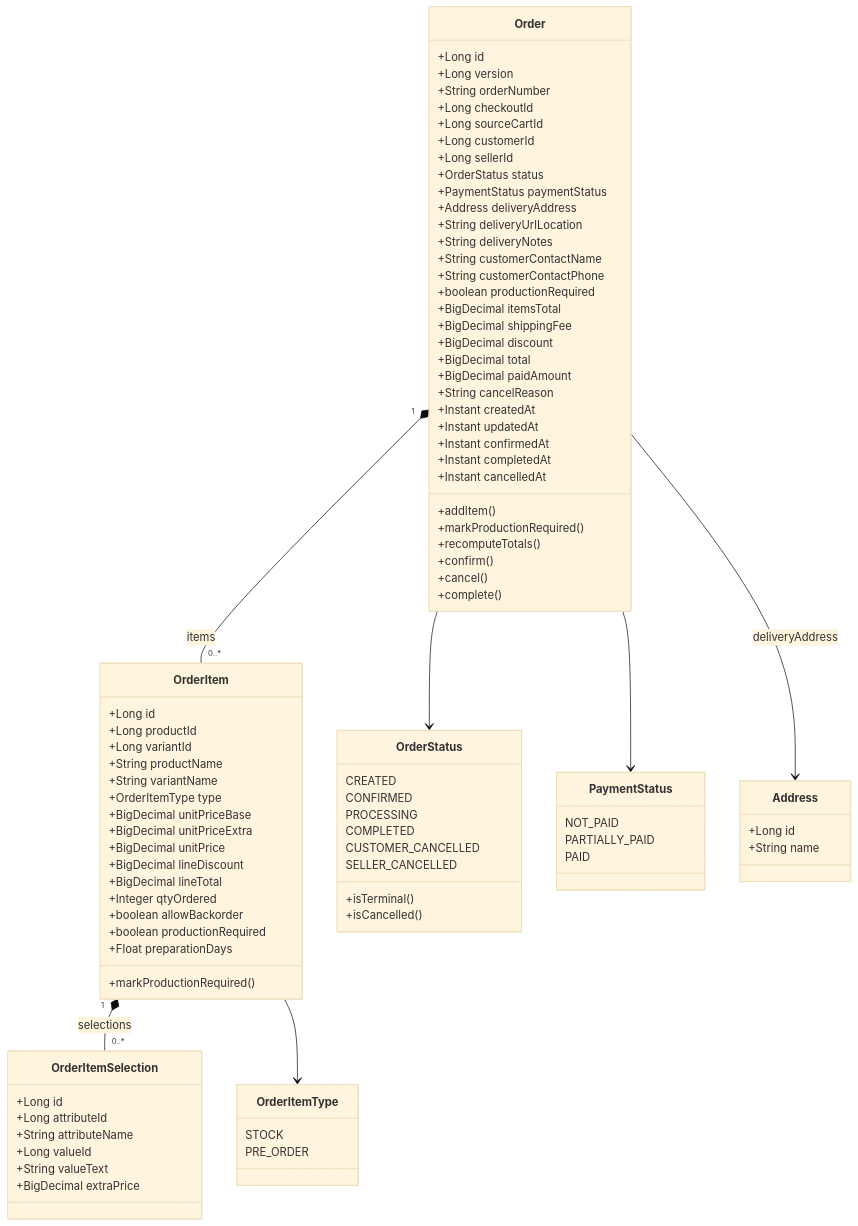
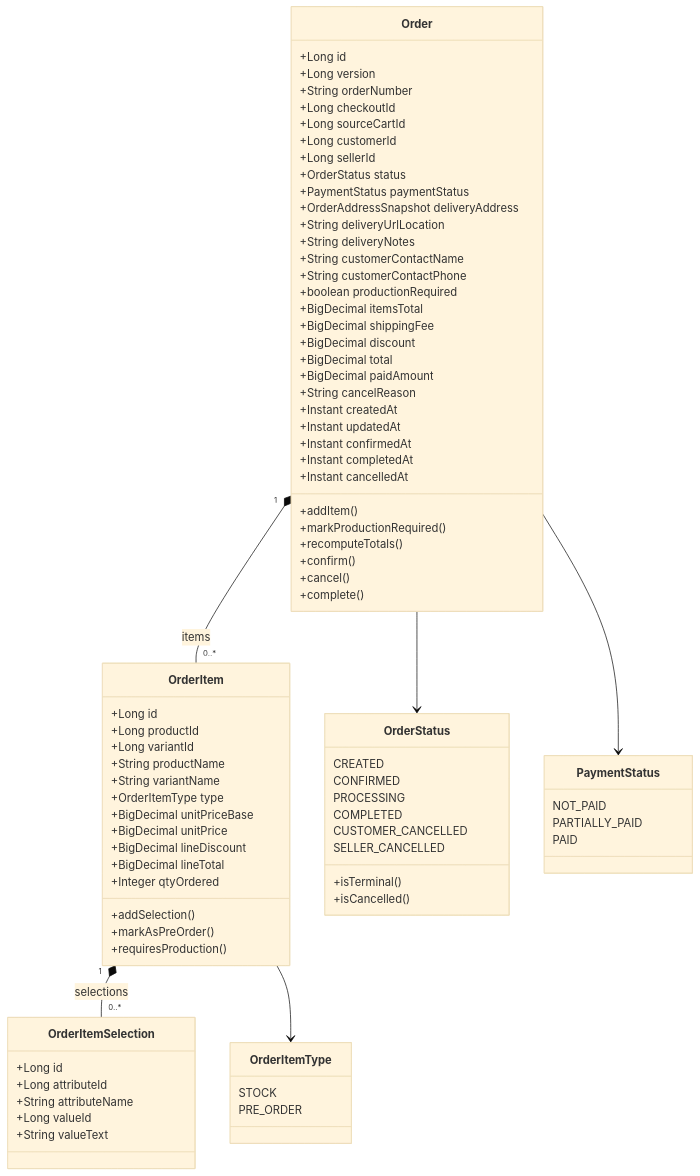
Before and after one commit to mohammadAlhajeen/bun_commerce-public: the second of 5 diagrams in documentation/11-order-uml.md, drawn with Mermaid (base theme). The commit also changed other lines of this file and 29 other files, not shown here.

````diff
--- a/documentation/11-order-uml.md
+++ b/documentation/11-order-uml.md
@@ -30,7 +29,7 @@
         +Long sellerId
         +OrderStatus status
         +PaymentStatus paymentStatus
-        +Address deliveryAddress
+        +OrderAddressSnapshot deliveryAddress
         +String deliveryUrlLocation
         +String deliveryNotes
         +String customerContactName
@@ -63,15 +62,13 @@
         +String variantName
         +OrderItemType type
         +BigDecimal unitPriceBase
-        +BigDecimal unitPriceExtra
         +BigDecimal unitPrice
         +BigDecimal lineDiscount
         +BigDecimal lineTotal
         +Integer qtyOrdered
-        +boolean allowBackorder
-        +boolean productionRequired
-        +Float preparationDays
-        +markProductionRequired()
+        +addSelection()
+        +markAsPreOrder()
+        +requiresProduction()
     }
 
     class OrderItemSelection {
@@ -80,7 +77,6 @@
         +String attributeName
         +Long valueId
         +String valueText
-        +BigDecimal extraPrice
     }
 
     class OrderStatus {
@@ -105,15 +101,9 @@
         PRE_ORDER
     }
 
-    class Address {
-        +Long id
-        +String name
-    }
-
     Order "1" *-- "0..*" OrderItem : items
     OrderItem "1" *-- "0..*" OrderItemSelection : selections
     Order --> OrderStatus
     Order --> PaymentStatus
     OrderItem --> OrderItemType
-    Order --> Address : deliveryAddress
 ```
````
